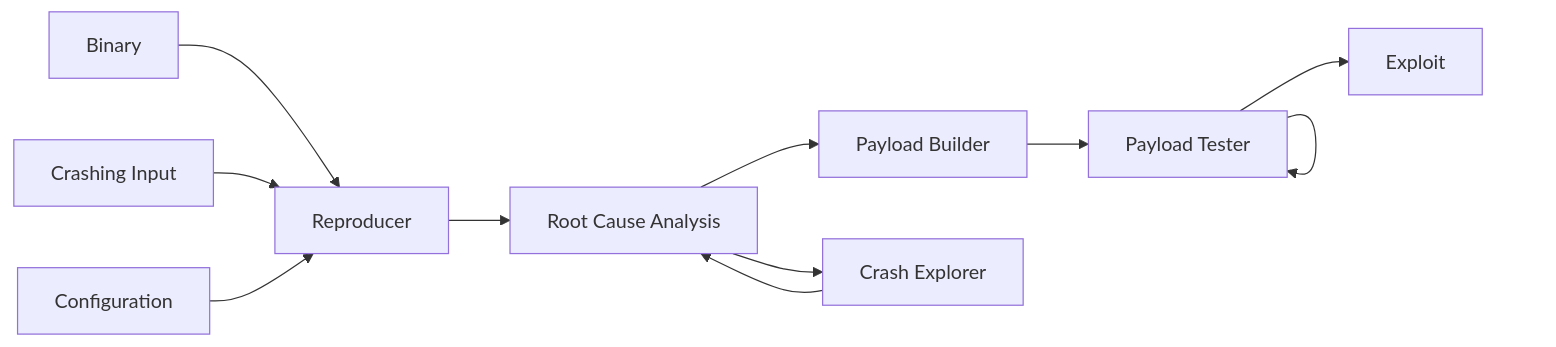
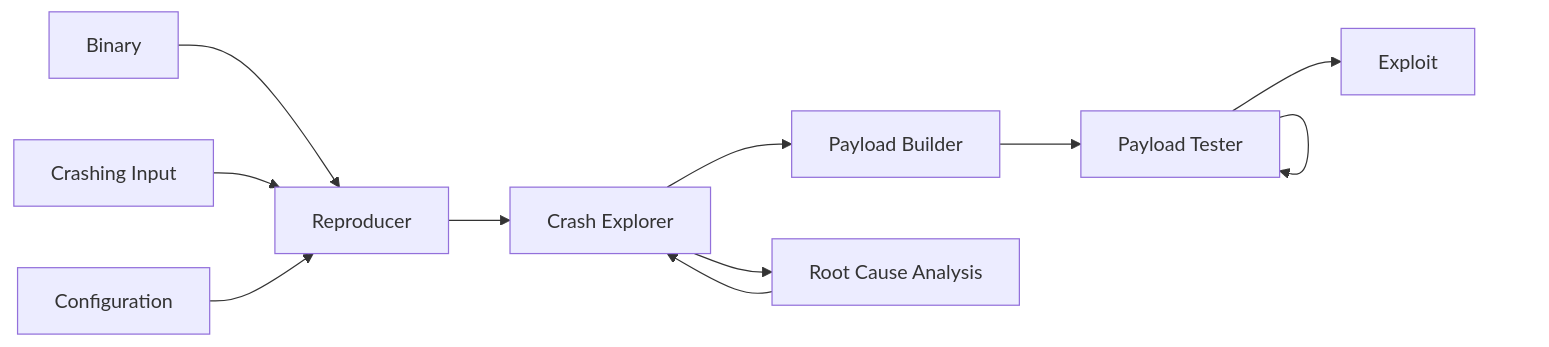
The diagram in README.md (myrtopar/pivot), drawn with Mermaid before and after one commit. The commit also changed other lines of this file and 2 other files, not shown here.

````diff
--- a/README.md
+++ b/README.md
@@ -29,13 +30,13 @@
 ```mermaid
 graph LR
   Binary --> Reproducer
   Input[Crashing Input] --> Reproducer
   Configuration --> Reproducer
-  Reproducer --> RootCause[Root Cause Analysis]
-  RootCause --> Payload[Payload Builder]
+  Reproducer --> Explorer[Crash Explorer]
+  Explorer --> Payload[Payload Builder]
   Payload --> Thrower[Payload Tester]
   Thrower --> Thrower
-  RootCause --> Explorer[Crash Explorer]
-  Explorer --> RootCause
+  Explorer --> RootCause[Root Cause Analysis]
+  RootCause --> Explorer
   Thrower --> Exploit
 ```
````
